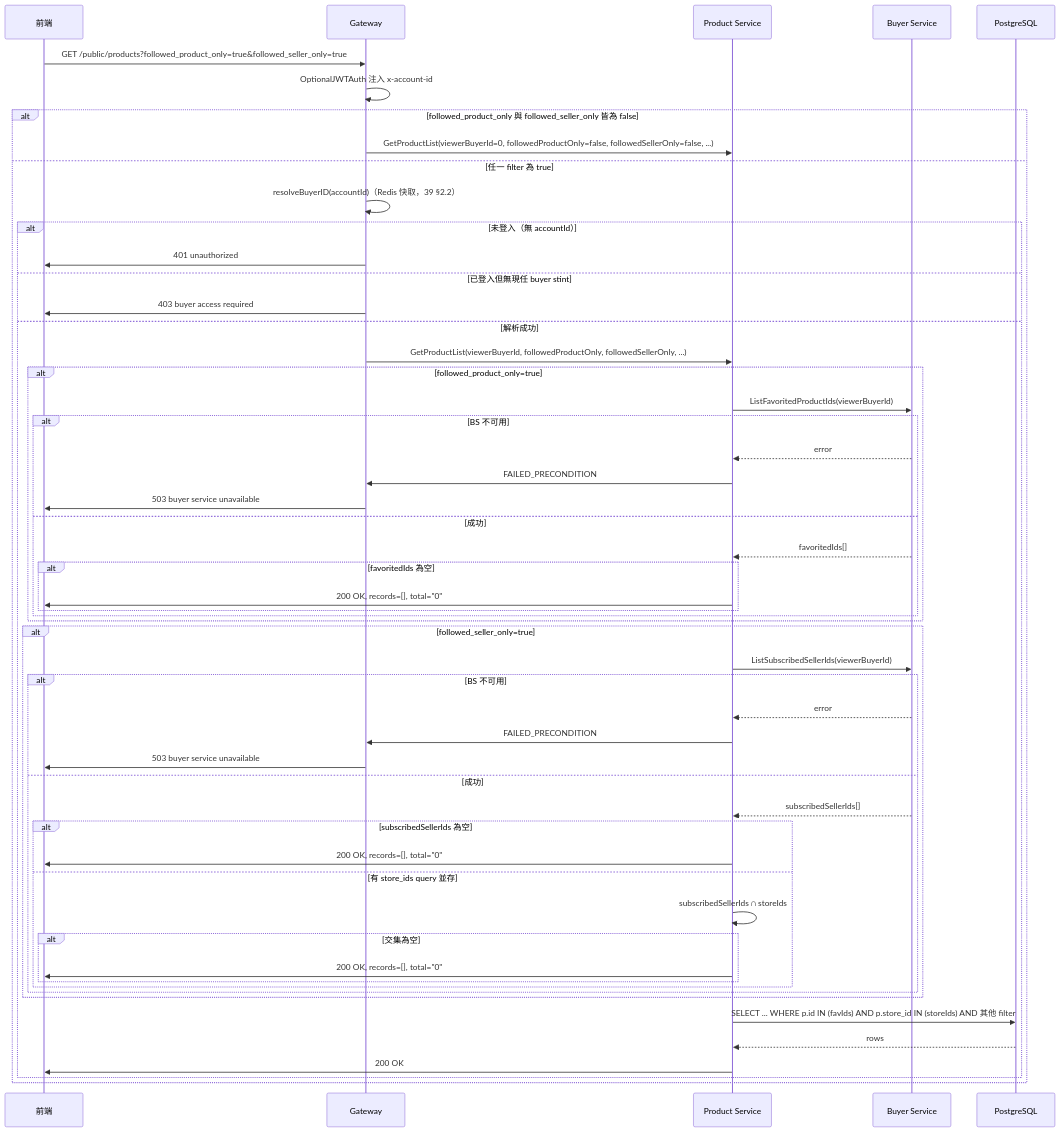
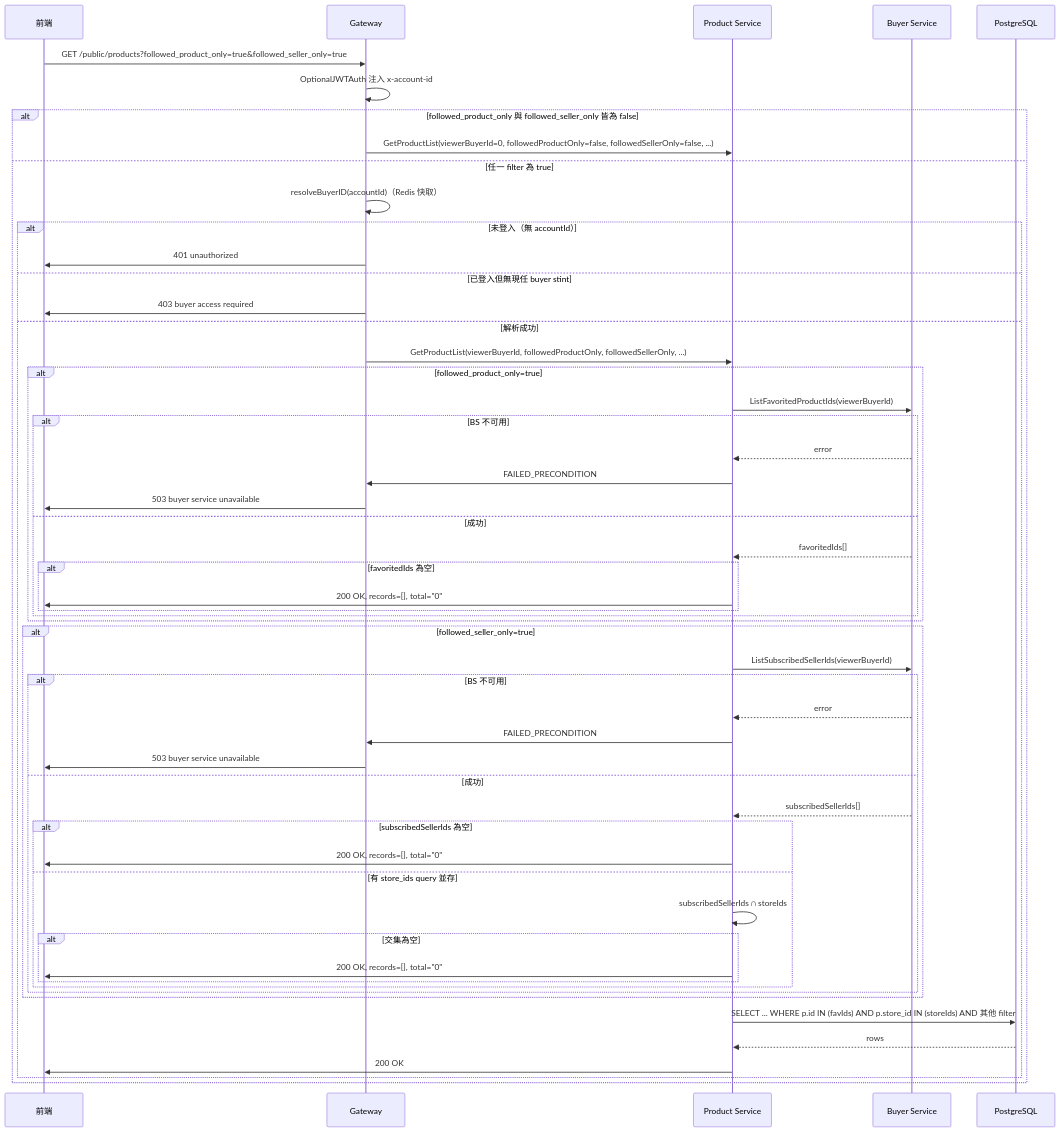
The eighth of 24 diagrams in backend/docs/詳細設計書/02-產品微服務（Product Service）詳細設計書.md (Will413028/hawkr), drawn with Mermaid before and after one commit. The commit also changed other lines of this file and 13 other files, not shown here.

````diff
--- a/backend/docs/詳細設計書/02-產品微服務（Product Service）詳細設計書.md
+++ b/backend/docs/詳細設計書/02-產品微服務（Product Service）詳細設計書.md
@@ -2135,57 +2135,57 @@
 ```mermaid
 sequenceDiagram
     participant FE as 前端
     participant GW as Gateway
     participant PS as Product Service
     participant BS as Buyer Service
     participant DB as PostgreSQL
 
     FE->>GW: GET /public/products?followed_product_only=true&followed_seller_only=true
     GW->>GW: OptionalJWTAuth 注入 x-account-id
     alt followed_product_only 與 followed_seller_only 皆為 false
         GW->>PS: GetProductList(viewerBuyerId=0, followedProductOnly=false, followedSellerOnly=false, ...)
     else 任一 filter 為 true
-        GW->>GW: resolveBuyerID(accountId)（Redis 快取，39 §2.2）
+        GW->>GW: resolveBuyerID(accountId)（Redis 快取）
         alt 未登入（無 accountId）
             GW->>FE: 401 unauthorized
         else 已登入但無現任 buyer stint
             GW->>FE: 403 buyer access required
         else 解析成功
             GW->>PS: GetProductList(viewerBuyerId, followedProductOnly, followedSellerOnly, ...)
             alt followed_product_only=true
                 PS->>BS: ListFavoritedProductIds(viewerBuyerId)
                 alt BS 不可用
                     BS-->>PS: error
                     PS->>GW: FAILED_PRECONDITION
                     GW->>FE: 503 buyer service unavailable
                 else 成功
                     BS-->>PS: favoritedIds[]
                     alt favoritedIds 為空
                         PS->>FE: 200 OK, records=[], total="0"
                     end
                 end
             end
             alt followed_seller_only=true
                 PS->>BS: ListSubscribedSellerIds(viewerBuyerId)
                 alt BS 不可用
                     BS-->>PS: error
                     PS->>GW: FAILED_PRECONDITION
                     GW->>FE: 503 buyer service unavailable
                 else 成功
                     BS-->>PS: subscribedSellerIds[]
                     alt subscribedSellerIds 為空
                         PS->>FE: 200 OK, records=[], total="0"
                     else 有 store_ids query 並存
                         PS->>PS: subscribedSellerIds ∩ storeIds
                         alt 交集為空
                             PS->>FE: 200 OK, records=[], total="0"
                         end
                     end
                 end
             end
             PS->>DB: SELECT ... WHERE p.id IN (favIds) AND p.store_id IN (storeIds) AND 其他 filter
             DB-->>PS: rows
             PS->>FE: 200 OK
         end
     end
 ```
````
